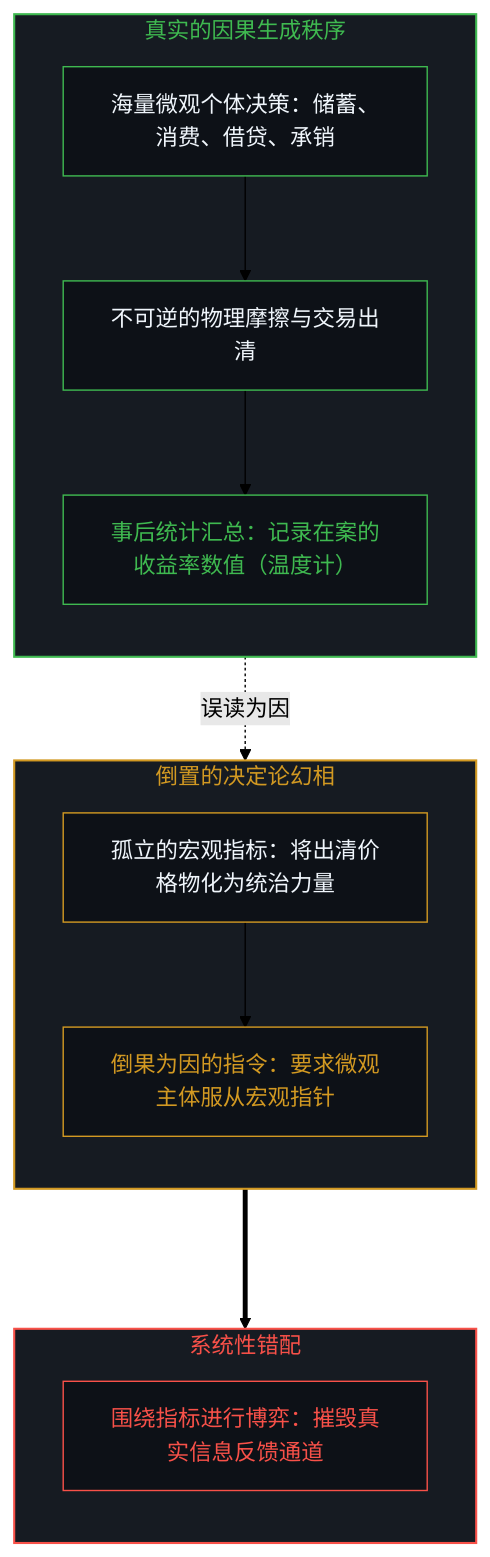
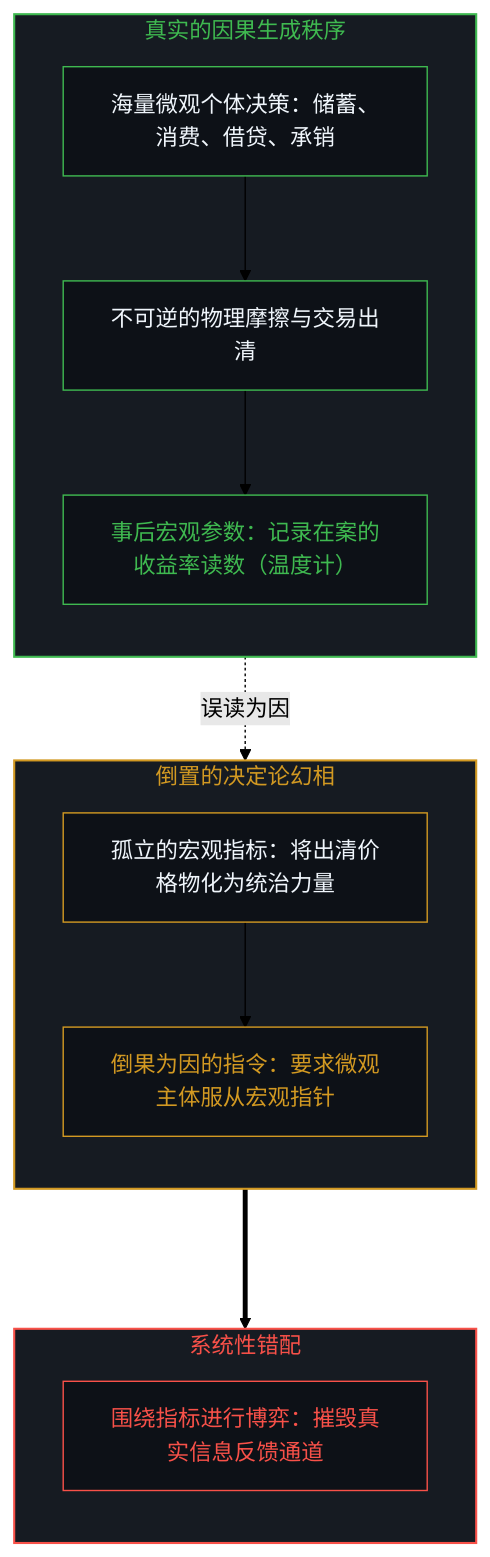
The third of 8 diagrams in content/posts/the-summary-first-reversal-and-the-command-of-yields.md (powerpig99/not-a-toe), drawn with Mermaid (forest theme) before and after one commit. The commit also changed other lines of this file and 6 other files, not shown here.

````diff
--- a/content/posts/the-summary-first-reversal-and-the-command-of-yields.md
+++ b/content/posts/the-summary-first-reversal-and-the-command-of-yields.md
@@ -105,31 +105,31 @@
 ```mermaid
 graph TD
     subgraph S_CausalReality ["真实的因果生成秩序"]
         direction TB
         D1["海量微观个体决策：储蓄、消费、借贷、承销"] --> D2["不可逆的物理摩擦与交易出清"]
-        D2 --> D3["事后统计汇总：记录在案的收益率数值（温度计）"]
+        D2 --> D3["事后宏观参数：记录在案的收益率读数（温度计）"]
     end
 
     subgraph S_InvertedIllusion ["倒置的决定论幻相"]
         direction TB
         E1["孤立的宏观指标：将出清价格物化为统治力量"] --> E2["倒果为因的指令：要求微观主体服从宏观指针"]
     end
 
     subgraph S_DistortionResult ["系统性错配"]
         direction TB
         F1["围绕指标进行博弈：摧毁真实信息反馈通道"]
     end
 
     D3 -. 误读为因 .-> E1
     E2 ===> F1
 
     style S_CausalReality fill:#161b22,stroke:#3fb950,stroke-width:1.5px,color:#3fb950
     style S_InvertedIllusion fill:#161b22,stroke:#d29922,stroke-width:1.5px,color:#d29922
     style S_DistortionResult fill:#161b22,stroke:#f85149,stroke-width:1.5px,color:#f85149
     style D1 fill:#0d1117,stroke:#3fb950,stroke-width:1px,color:#f0f6fc
     style D2 fill:#0d1117,stroke:#3fb950,stroke-width:1px,color:#f0f6fc
     style D3 fill:#0d1117,stroke:#3fb950,stroke-width:1px,color:#3fb950
     style E1 fill:#0d1117,stroke:#d29922,stroke-width:1px,color:#f0f6fc
     style E2 fill:#0d1117,stroke:#d29922,stroke-width:1px,color:#d29922
     style F1 fill:#0d1117,stroke:#f85149,stroke-width:1px,color:#f85149
 ```
````
